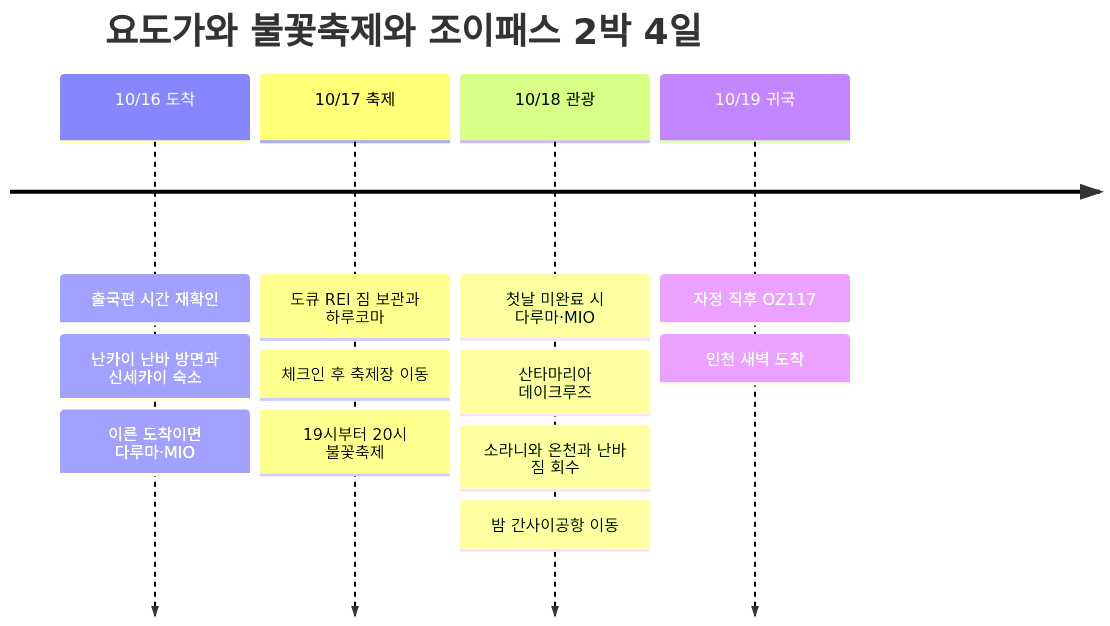
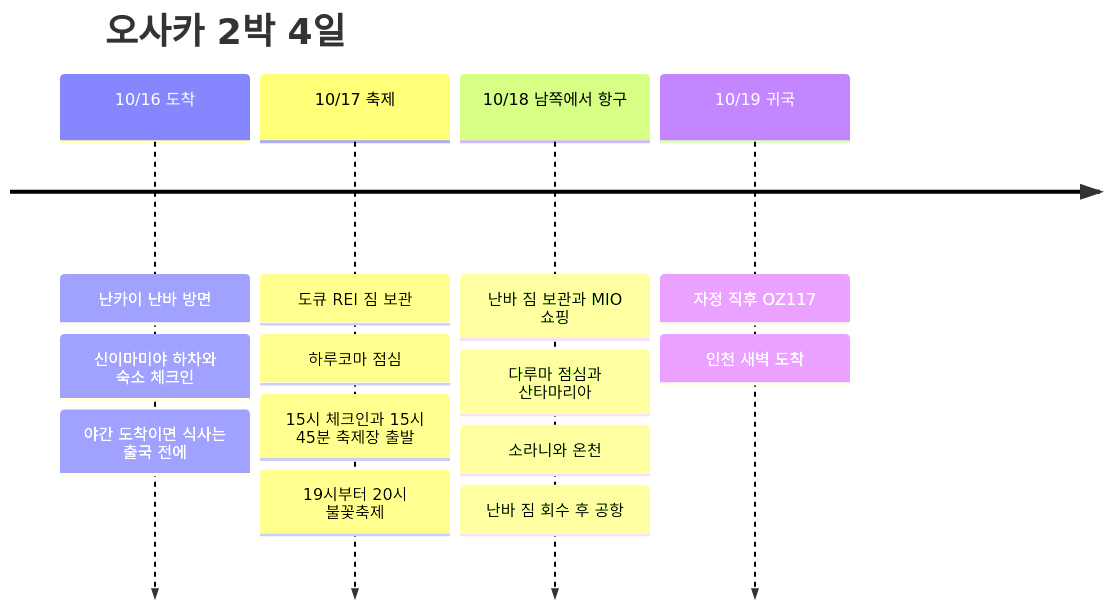
Before and after one commit to gongdongho12/commit-map: the diagram in src/content/posts/2026-10-16-osaka-yodogawa-fireworks.md, drawn with Mermaid. The commit also changed other lines of this file and 3 other files, not shown here.

````diff
--- a/src/content/posts/2026-10-16-osaka-yodogawa-fireworks.md
+++ b/src/content/posts/2026-10-16-osaka-yodogawa-fireworks.md
@@ -183,16 +158,17 @@
 ```mermaid
 timeline
-  title 요도가와 불꽃축제와 조이패스 2박 4일
-  10/16 도착 : 출국편 시간 재확인
-              : 난카이 난바 방면과 신세카이 숙소
-              : 이른 도착이면 다루마·MIO
-  10/17 축제 : 도큐 REI 짐 보관과 하루코마
-              : 체크인 후 축제장 이동
+  title 오사카 2박 4일
+  10/16 도착 : 난카이 난바 방면
+              : 신이마미야 하차와 숙소 체크인
+              : 야간 도착이면 식사는 출국 전에
+  10/17 축제 : 도큐 REI 짐 보관
+              : 하루코마 점심
+              : 15시 체크인과 15시 45분 축제장 출발
               : 19시부터 20시 불꽃축제
-  10/18 관광 : 첫날 미완료 시 다루마·MIO
-              : 산타마리아 데이크루즈
-              : 소라니와 온천과 난바 짐 회수
-              : 밤 간사이공항 이동
+  10/18 남쪽에서 항구 : 난바 짐 보관과 MIO 쇼핑
+                      : 다루마 점심과 산타마리아
+                      : 소라니와 온천
+                      : 난바 짐 회수 후 공항
   10/19 귀국 : 자정 직후 OZ117
               : 인천 새벽 도착
 ```
````
